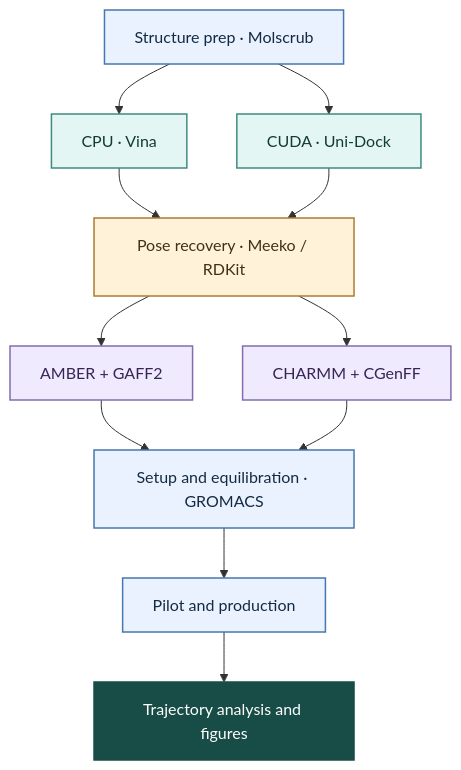
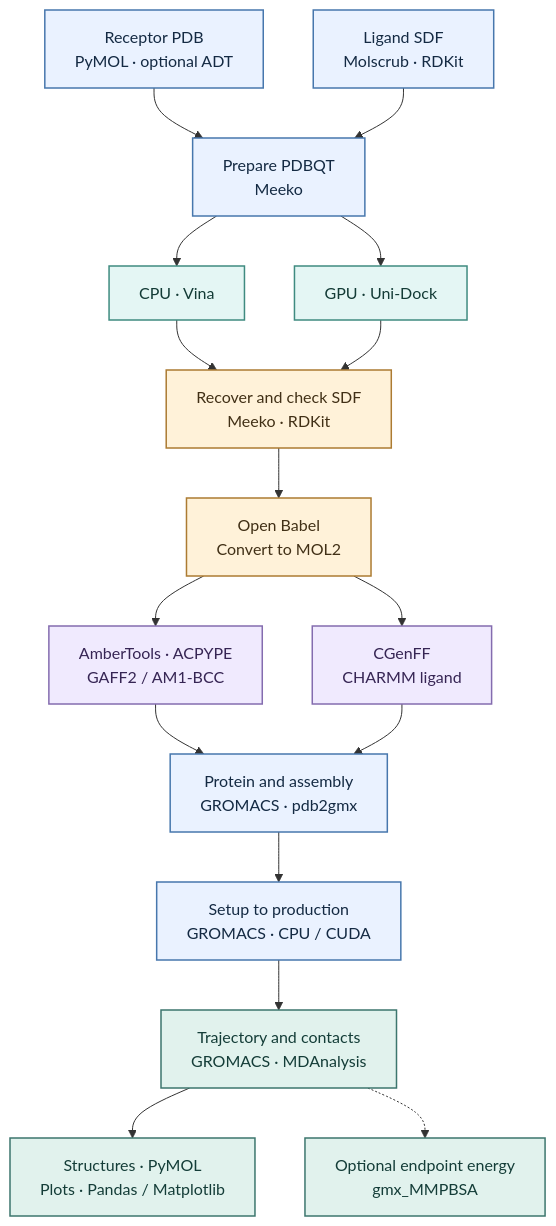
Before and after one commit to LuciferBioLab/docking-gromacs-tutorial: the second of 6 diagrams in README.md, drawn with Mermaid. The commit also changed other lines of this file, not shown here.

````diff
--- a/README.md
+++ b/README.md
@@ -59,28 +83,50 @@
 ```mermaid
 flowchart TD
-    input["Structure prep · Molscrub"]
+    protein["`Receptor PDB
+PyMOL · optional ADT`"]
+    ligand["`Ligand SDF
+Molscrub · RDKit`"]
+    prep["`Prepare PDBQT
+Meeko`"]
     cpu["CPU · Vina"]
-    cuda["CUDA · Uni-Dock"]
-    pose["Pose recovery · Meeko / RDKit"]
-    amber["AMBER + GAFF2"]
-    charmm["CHARMM + CGenFF"]
-    setup["Setup and equilibration · GROMACS"]
-    md["Pilot and production"]
-    analysis["Trajectory analysis and figures"]
-    input --> cpu & cuda
-    cpu & cuda --> pose
-    pose --> amber & charmm
-    amber & charmm --> setup
-    setup --> md --> analysis
+    cuda["GPU · Uni‑Dock"]
+    restore["`Recover and check SDF
+Meeko · RDKit`"]
+    mol2["`Open Babel
+Convert to MOL2`"]
+    amber["`AmberTools · ACPYPE
+GAFF2 / AM1-BCC`"]
+    charmm["`CGenFF
+CHARMM ligand`"]
+    assemble["`Protein and assembly
+GROMACS · pdb2gmx`"]
+    simulate["`Setup to production
+GROMACS · CPU / CUDA`"]
+    trajectory["`Trajectory and contacts
+GROMACS · MDAnalysis`"]
+    energy["`Optional endpoint energy
+gmx_MMPBSA`"]
+    figures["`Structures · PyMOL
+Plots · Pandas / Matplotlib`"]
+    protein & ligand --> prep
+    prep --> cpu & cuda
+    cpu & cuda --> restore
+    restore --> mol2
+    mol2 --> amber & charmm
+    amber & charmm --> assemble
+    assemble --> simulate
+    simulate --> trajectory
+    trajectory --> figures
+    trajectory -.-> energy
 
-    classDef common fill:#eaf2ff,stroke:#4777ad,color:#142a43,stroke-width:1.5px
+    classDef structure fill:#eaf2ff,stroke:#4777ad,color:#142a43,stroke-width:1.5px
     classDef docking fill:#e4f6f4,stroke:#3f8b80,color:#133b36,stroke-width:1.5px
+    classDef checked fill:#fff2d9,stroke:#ac7b32,color:#413016,stroke-width:1.5px
     classDef forcefield fill:#f0eafe,stroke:#846caf,color:#362554,stroke-width:1.5px
-    classDef review fill:#fff2d9,stroke:#ac7b32,color:#413016,stroke-width:1.5px
-    classDef result fill:#184c46,stroke:#184c46,color:#ffffff,stroke-width:1.5px
-    class input,setup,md common
+    classDef output fill:#e1f2ed,stroke:#3c766e,color:#143d38,stroke-width:1.5px
+    class protein,ligand,prep,assemble,simulate structure
     class cpu,cuda docking
+    class restore,mol2 checked
     class amber,charmm forcefield
-    class pose review
-    class analysis result
+    class trajectory,figures,energy output
 ```
````
